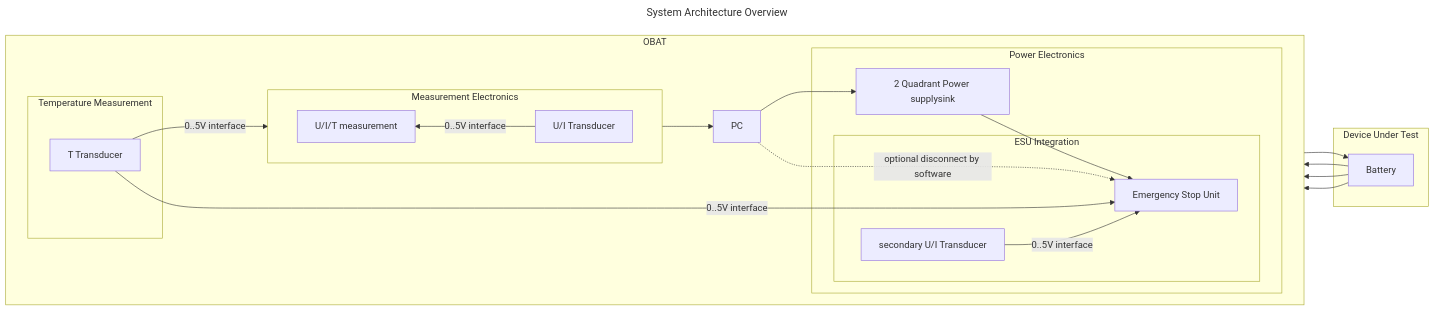
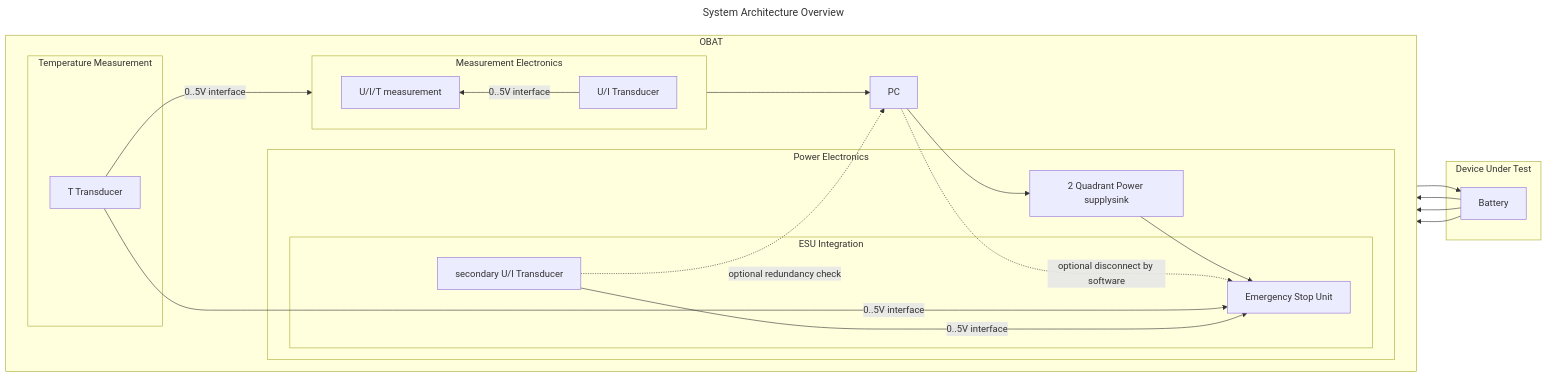
One commit to pascalguttmann/obat changed the diagram in docs/arch/overview.md. Above: the diagram before and after it, drawn with Mermaid.

Commit message:
add optional redundancy check connection
- add optional redundancy check connection from secondary measurement to pc

````diff
--- a/docs/arch/overview.md
+++ b/docs/arch/overview.md
@@ -56,49 +56,50 @@
 ```mermaid
 ---
 title: System Architecture Overview
 ---
 flowchart LR
 
 subgraph sub-dut [Device Under Test]
     bat[Battery]
 end
 
 subgraph sub-obat [OBAT]
     direction LR
     pc[PC]
 
     subgraph sub-power [Power Electronics]
         psu-internal[2 Quadrant Power supplysink]
 
         subgraph sub-esu [ESU Integration]
             esu[Emergency Stop Unit]
             transducer2[secondary U/I Transducer]
         end
 
     end
 
     subgraph sub-meas [Measurement Electronics]
         direction RL
         transducer[U/I Transducer]
         meas[U/I/T measurement]
     end
 
     subgraph sub-extT [Temperature Measurement]
         transducer_T[T Transducer]
     end
 
     pc --> psu-internal
     psu-internal --> esu
     esu --> bat
     bat --> transducer
     bat --> transducer2
     bat --> transducer_T
+    transducer2 -. optional redundancy check .-> pc
     meas --> pc
     pc -. optional disconnect by software .-> esu
 
     transducer -- 0..5V interface --> meas
     transducer_T -- 0..5V interface --> meas
     transducer_T -- 0..5V interface --> esu
     transducer2 -- 0..5V interface --> esu
 end
 ```
````
